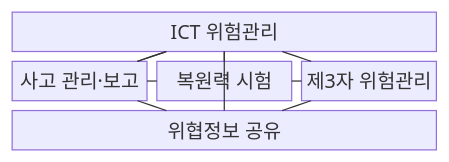
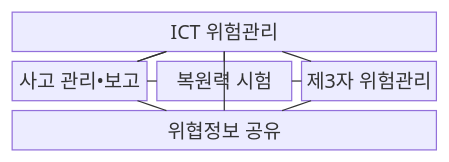
One commit to agnusdei1207/knowledge-base changed the first of 2 diagrams in src/content/docs/notes/07-law-policy/034_eu_dora.md. Above: the diagram before and after it, drawn with Mermaid. The commit also changed other lines of this file and 953 other files, not shown here.

````diff
--- a/src/content/docs/notes/07-law-policy/034_eu_dora.md
+++ b/src/content/docs/notes/07-law-policy/034_eu_dora.md
@@ -67,16 +67,16 @@
 ```mermaid
 block-beta
     columns 3
     R["ICT 위험관리"]:3
-    I["사고 관리·보고"] T["복원력 시험"] P["제3자 위험관리"]
+    I["사고 관리•보고"] T["복원력 시험"] P["제3자 위험관리"]
     S["위협정보 공유"]:3
     R --- I
     R --- T
     R --- P
     I --- S
     S --- R
     R --- I
     I --- T
     T --- P
     P --- S
 ```
````
